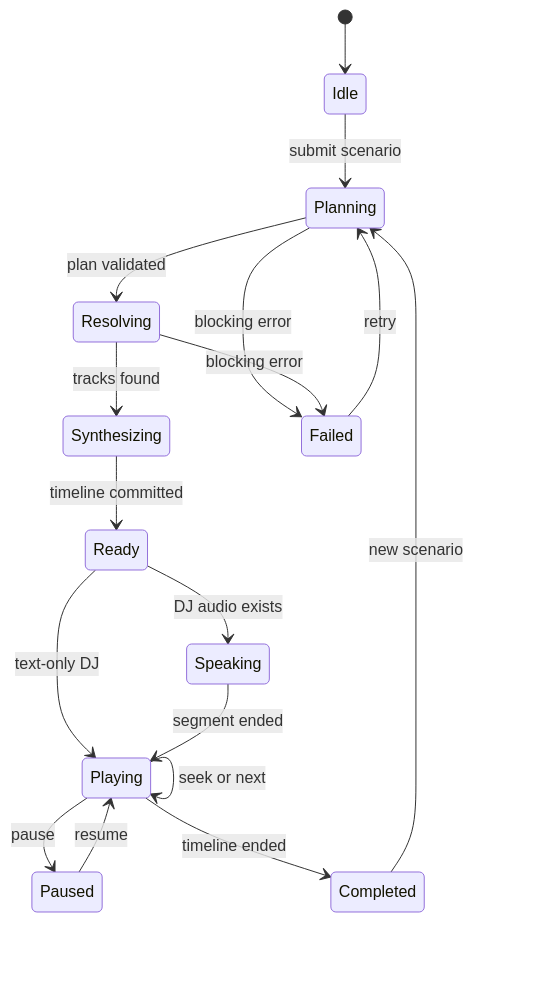
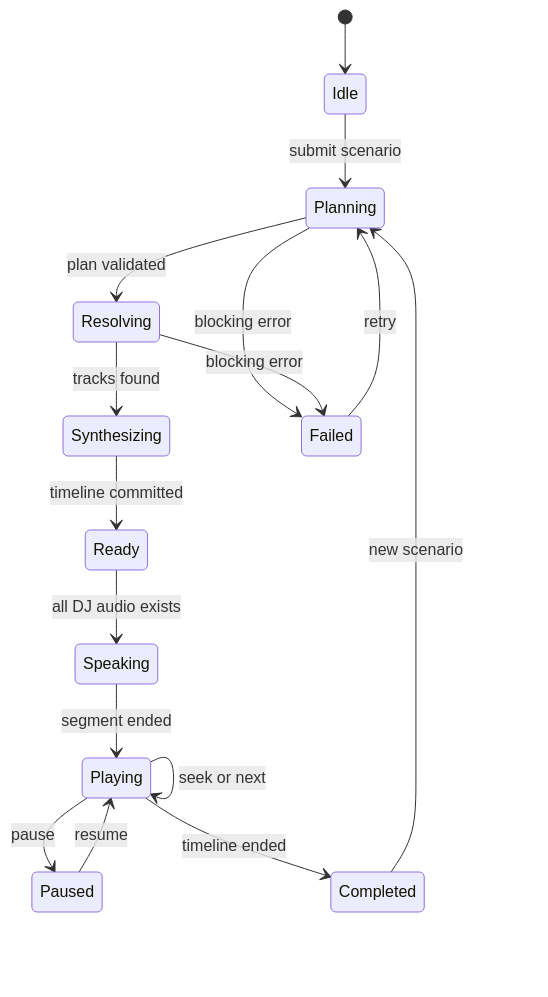
The fourth of 8 diagrams in architecture.md (komochi007/koradio), drawn with Mermaid before and after one commit. The commit also changed other lines of this file and 29 other files, not shown here.

````diff
--- a/architecture.md
+++ b/architecture.md
@@ -208,19 +208,18 @@
 ```mermaid
 stateDiagram-v2
     [*] --> Idle
     Idle --> Planning: submit scenario
     Planning --> Resolving: plan validated
     Resolving --> Synthesizing: tracks found
     Synthesizing --> Ready: timeline committed
-    Ready --> Speaking: DJ audio exists
-    Ready --> Playing: text-only DJ
+    Ready --> Speaking: all DJ audio exists
     Speaking --> Playing: segment ended
     Playing --> Paused: pause
     Paused --> Playing: resume
     Playing --> Playing: seek or next
     Playing --> Completed: timeline ended
     Planning --> Failed: blocking error
     Resolving --> Failed: blocking error
     Failed --> Planning: retry
     Completed --> Planning: new scenario
 ```
````
